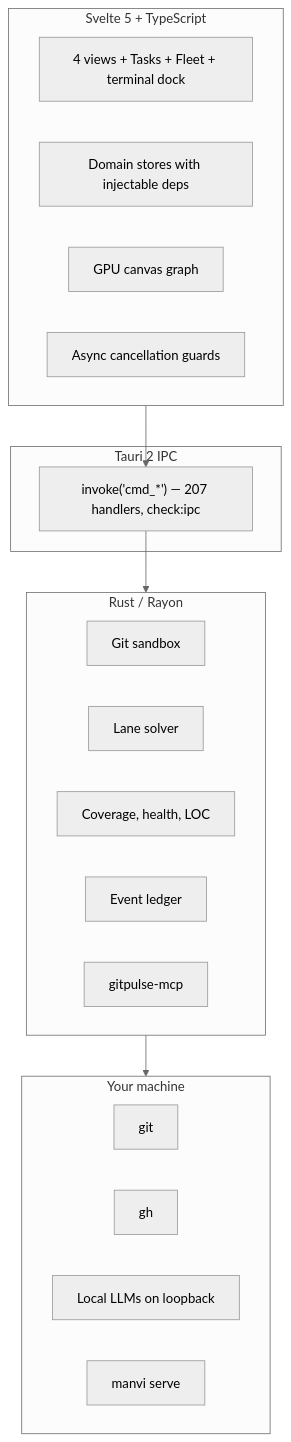
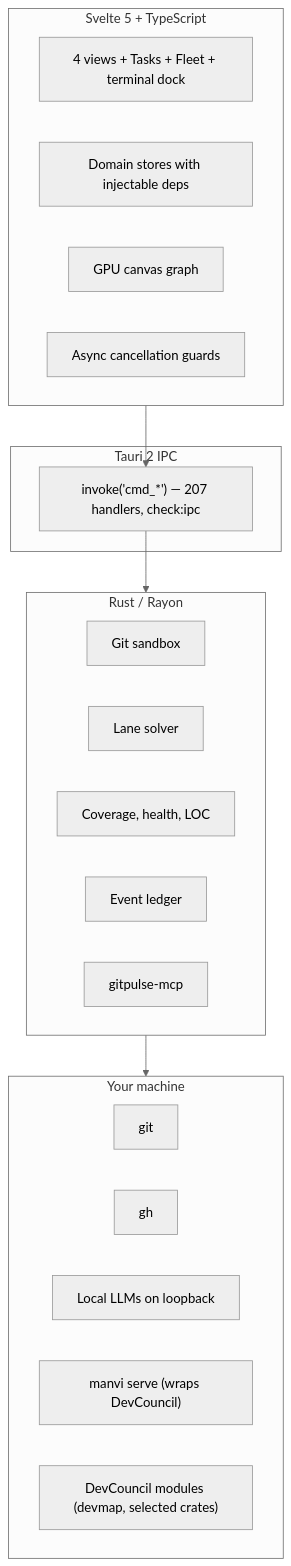
Before and after one commit to bharathvbcr/GitPulse: the diagram in wiki/Architecture.md, drawn with Mermaid (neutral theme). The commit also changed other lines of this file and 90 other files, not shown here.

````diff
--- a/wiki/Architecture.md
+++ b/wiki/Architecture.md
@@ -5,27 +7,28 @@
 ```mermaid
 flowchart TB
     subgraph Frontend["Svelte 5 + TypeScript"]
         Views["4 views + Tasks + Fleet + terminal dock"]
         Stores["Domain stores with injectable deps"]
         Canvas["GPU canvas graph"]
         Guards["Async cancellation guards"]
     end
     subgraph IPC["Tauri 2 IPC"]
         Bridge["invoke('cmd_*') — 207 handlers, check:ipc"]
     end
     subgraph Backend["Rust / Rayon"]
         Git["Git sandbox"]
         Graph["Lane solver"]
         Analyzers["Coverage, health, LOC"]
         Ledger["Event ledger"]
         MCP["gitpulse-mcp"]
     end
     subgraph Local["Your machine"]
         GitCLI["git"]
         GhCLI["gh"]
         LLM["Local LLMs on loopback"]
-        Manvi["manvi serve"]
+        Manvi["manvi serve (wraps DevCouncil)"]
+        DevCouncil["DevCouncil modules (devmap, selected crates)"]
     end
     Frontend --> Bridge --> Backend
     Backend --> Local
 ```
````
